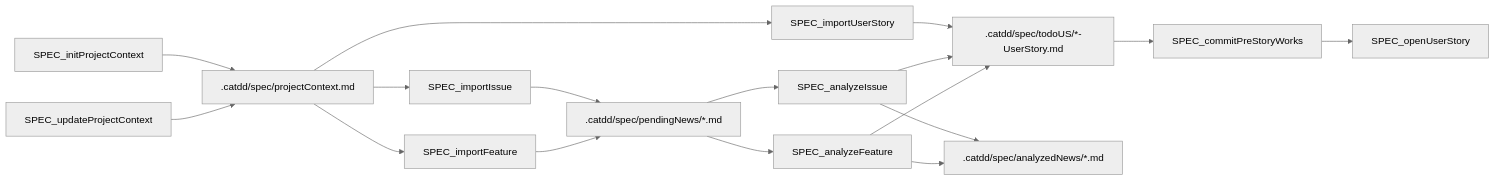
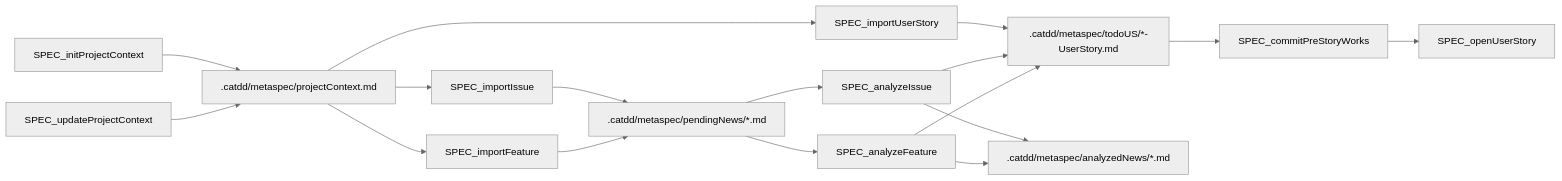
Before and after one commit to EnigmaWU/MyCaTDD: the first of 3 diagrams in slashCommands/flows/Px-SpecFlow.md, drawn with Mermaid (neutral theme). The commit also changed other lines of this file and 130 other files, not shown here.

````diff
--- a/slashCommands/flows/Px-SpecFlow.md
+++ b/slashCommands/flows/Px-SpecFlow.md
@@ -319,21 +331,21 @@
 ```mermaid
 flowchart LR
-    Init["SPEC_initProjectContext"] --> Context[".catdd/spec/projectContext.md"]
+    Init["SPEC_initProjectContext"] --> Context[".catdd/metaspec/projectContext.md"]
     UpdateContext["SPEC_updateProjectContext"] --> Context
     Context --> ImportIssue["SPEC_importIssue"]
     Context --> ImportFeature["SPEC_importFeature"]
     Context --> ImportUserStory["SPEC_importUserStory"]
 
-    ImportIssue --> Pending[".catdd/spec/pendingNews/*.md"]
+    ImportIssue --> Pending[".catdd/metaspec/pendingNews/*.md"]
     ImportFeature --> Pending
     ImportUserStory --> Todo
     Pending --> AnalyzeIssue["SPEC_analyzeIssue"]
     Pending --> AnalyzeFeature["SPEC_analyzeFeature"]
-    AnalyzeIssue --> Todo[".catdd/spec/todoUS/*-UserStory.md"]
+    AnalyzeIssue --> Todo[".catdd/metaspec/todoUS/*-UserStory.md"]
     AnalyzeFeature --> Todo
-    AnalyzeIssue --> Analyzed[".catdd/spec/analyzedNews/*.md"]
+    AnalyzeIssue --> Analyzed[".catdd/metaspec/analyzedNews/*.md"]
     AnalyzeFeature --> Analyzed
 
     Todo --> PreStoryCommit["SPEC_commitPreStoryWorks"]
     PreStoryCommit --> Open["SPEC_openUserStory"]
 ```
````
